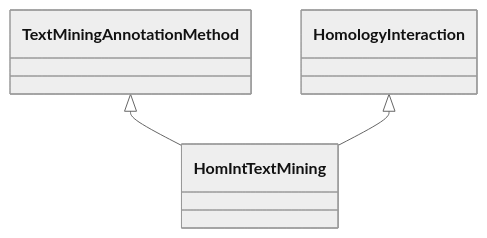
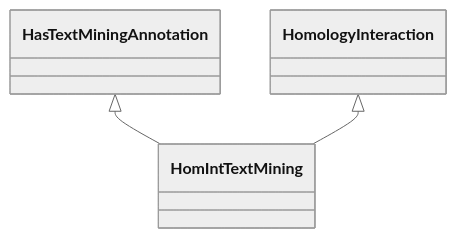
One commit to KnetMiner/knetminer-schemas changed the diagram in semantic-motif-taxonomy/knet-motif-categories-doc/HomIntTextMining.md. Above: the diagram before and after it, drawn with Mermaid (neutral theme). The commit also changed other lines of this file and 59 other files, not shown here.

````diff
--- a/semantic-motif-taxonomy/knet-motif-categories-doc/HomIntTextMining.md
+++ b/semantic-motif-taxonomy/knet-motif-categories-doc/HomIntTextMining.md
@@ -21,11 +21,11 @@
 ```mermaid
  classDiagram
     class HomIntTextMining
     click HomIntTextMining href "../HomIntTextMining"
-      TextMiningAnnotationMethod <|-- HomIntTextMining
-        click TextMiningAnnotationMethod href "../TextMiningAnnotationMethod"
+      HasTextMiningAnnotation <|-- HomIntTextMining
+        click HasTextMiningAnnotation href "../HasTextMiningAnnotation"
       HomologyInteraction <|-- HomIntTextMining
         click HomologyInteraction href "../HomologyInteraction"
       
       
 ```
````
